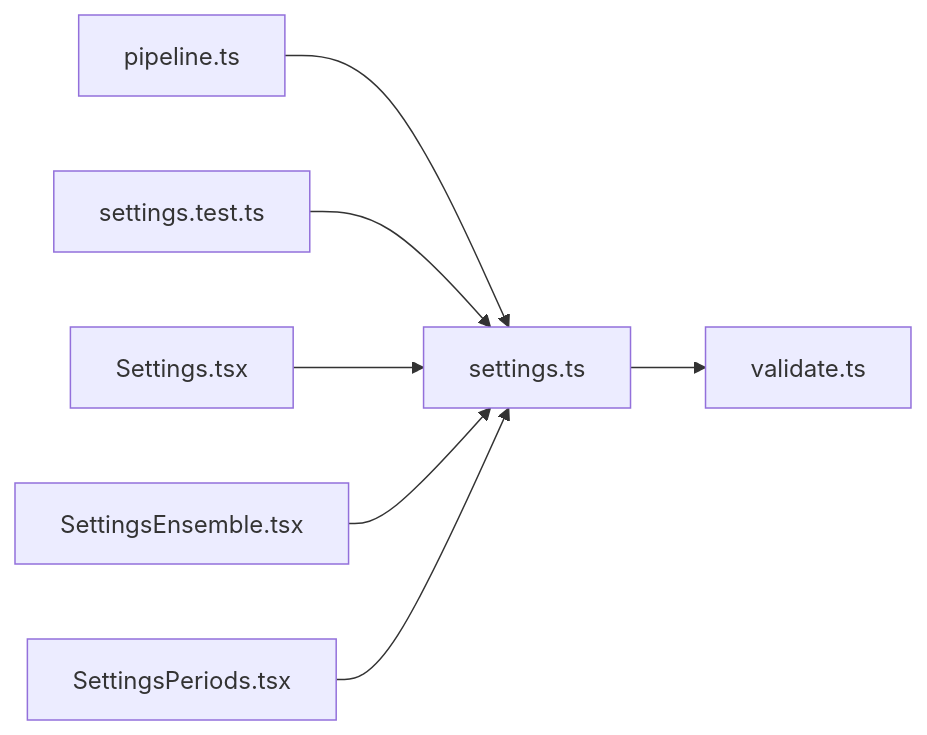
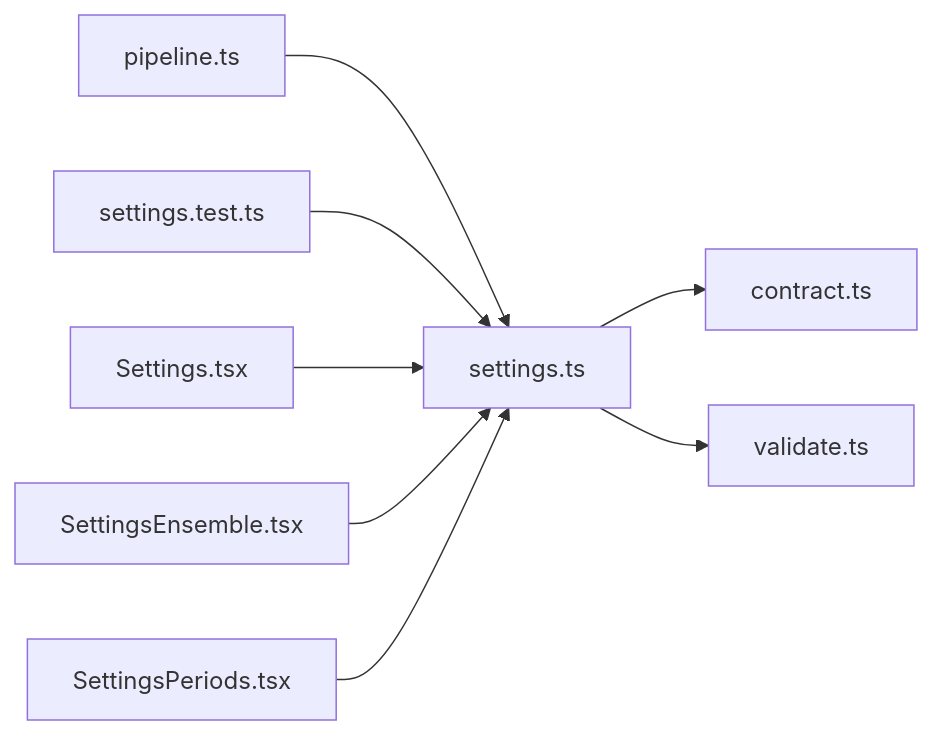
The diagram in .cluedoc/graph/frontend/src/lib/settings.md (minkong-dev/Banblit), drawn with Mermaid before and after one commit. The commit also changed other lines of this file and 8 other files, not shown here.

Commit message:
frontend: declare the settings response, its defaults and the room input once in contract

````diff
--- a/.cluedoc/graph/frontend/src/lib/settings.md
+++ b/.cluedoc/graph/frontend/src/lib/settings.md
@@ -10,10 +10,11 @@
 ```mermaid
 flowchart LR
   frontend_src_lib_settings["settings.ts"]
+  frontend_src_lib_settings --> frontend_src_lib_contract["contract.ts"]
   frontend_src_lib_settings --> frontend_src_lib_validate["validate.ts"]
   frontend_src_lib_pipeline["pipeline.ts"] --> frontend_src_lib_settings
   frontend_src_lib_settings_test["settings.test.ts"] --> frontend_src_lib_settings
   frontend_src_routes_Settings["Settings.tsx"] --> frontend_src_lib_settings
   frontend_src_routes_SettingsEnsemble["SettingsEnsemble.tsx"] --> frontend_src_lib_settings
   frontend_src_routes_SettingsPeriods["SettingsPeriods.tsx"] --> frontend_src_lib_settings
 ```
````
